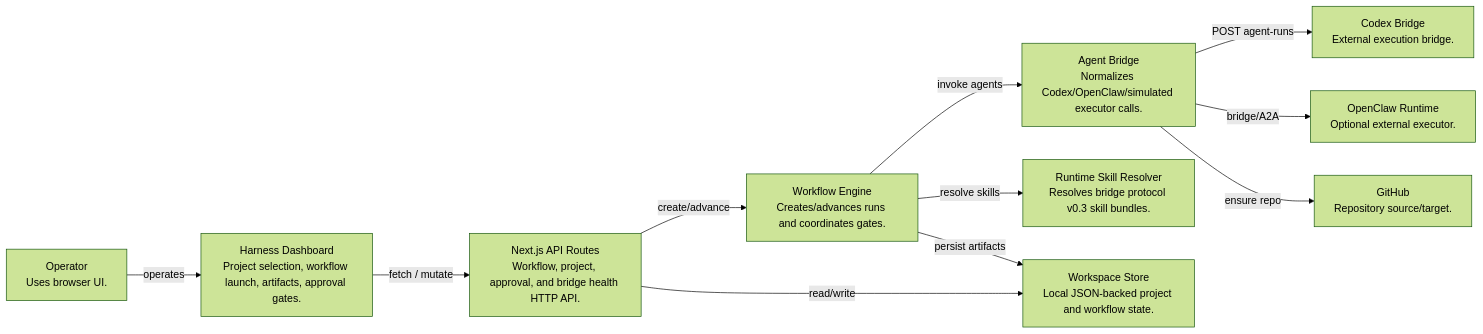
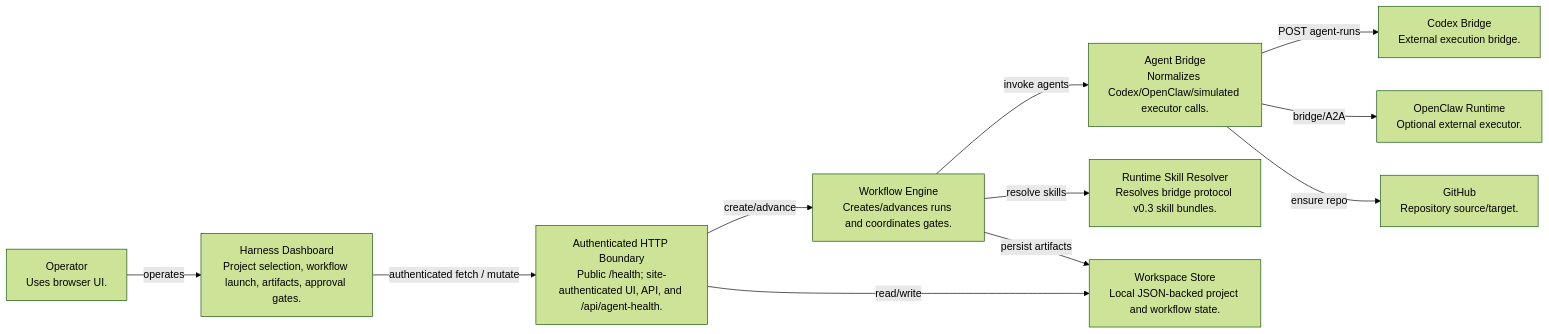
Before and after one commit to linderwu/harness-framework: the diagram in wiki/c4/diagrams/container.mmd, drawn with Mermaid (forest theme). The commit also changed 54 other files, not shown here.

Commit message:
Document production architecture with Ouroboros

```diff
--- a/wiki/c4/diagrams/container.mmd
+++ b/wiki/c4/diagrams/container.mmd
@@ -1,22 +1,22 @@
 flowchart LR
   %% Container
   operator["Operator<br/>Uses browser UI."]
   dashboard["Harness Dashboard<br/>Project selection, workflow launch, artifacts, approval gates."]
-  api["Next.js API Routes<br/>Workflow, project, approval, and bridge health HTTP API."]
+  api["Authenticated HTTP Boundary<br/>Public /health; site-authenticated UI, API, and /api/agent-health."]
   engine["Workflow Engine<br/>Creates/advances runs and coordinates gates."]
   bridge["Agent Bridge<br/>Normalizes Codex/OpenClaw/simulated executor calls."]
   resolver["Runtime Skill Resolver<br/>Resolves bridge protocol v0.3 skill bundles."]
   store["Workspace Store<br/>Local JSON-backed project and workflow state."]
   codex["Codex Bridge<br/>External execution bridge."]
   openclaw["OpenClaw Runtime<br/>Optional external executor."]
   github["GitHub<br/>Repository source/target."]
   operator -->|"operates"| dashboard
-  dashboard -->|"fetch / mutate"| api
+  dashboard -->|"authenticated fetch / mutate"| api
   api -->|"create/advance"| engine
   api -->|"read/write"| store
   engine -->|"invoke agents"| bridge
   engine -->|"resolve skills"| resolver
   engine -->|"persist artifacts"| store
   bridge -->|"POST agent-runs"| codex
   bridge -->|"bridge/A2A"| openclaw
   bridge -->|"ensure repo"| github
```
